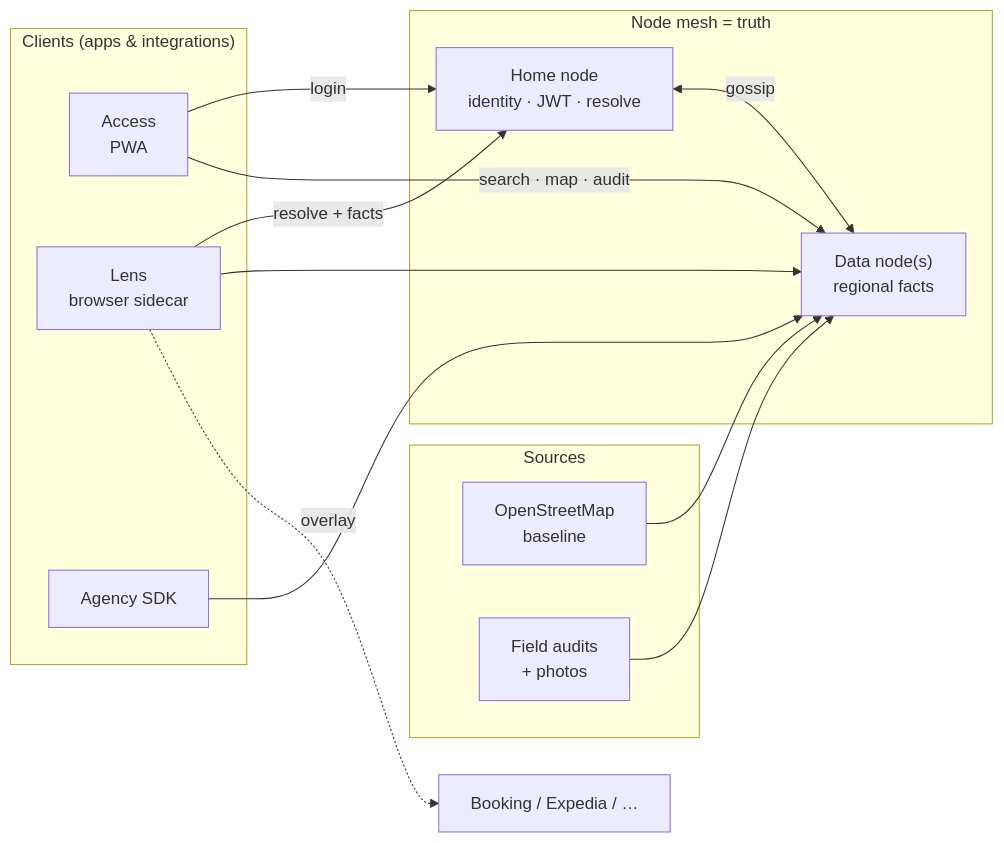
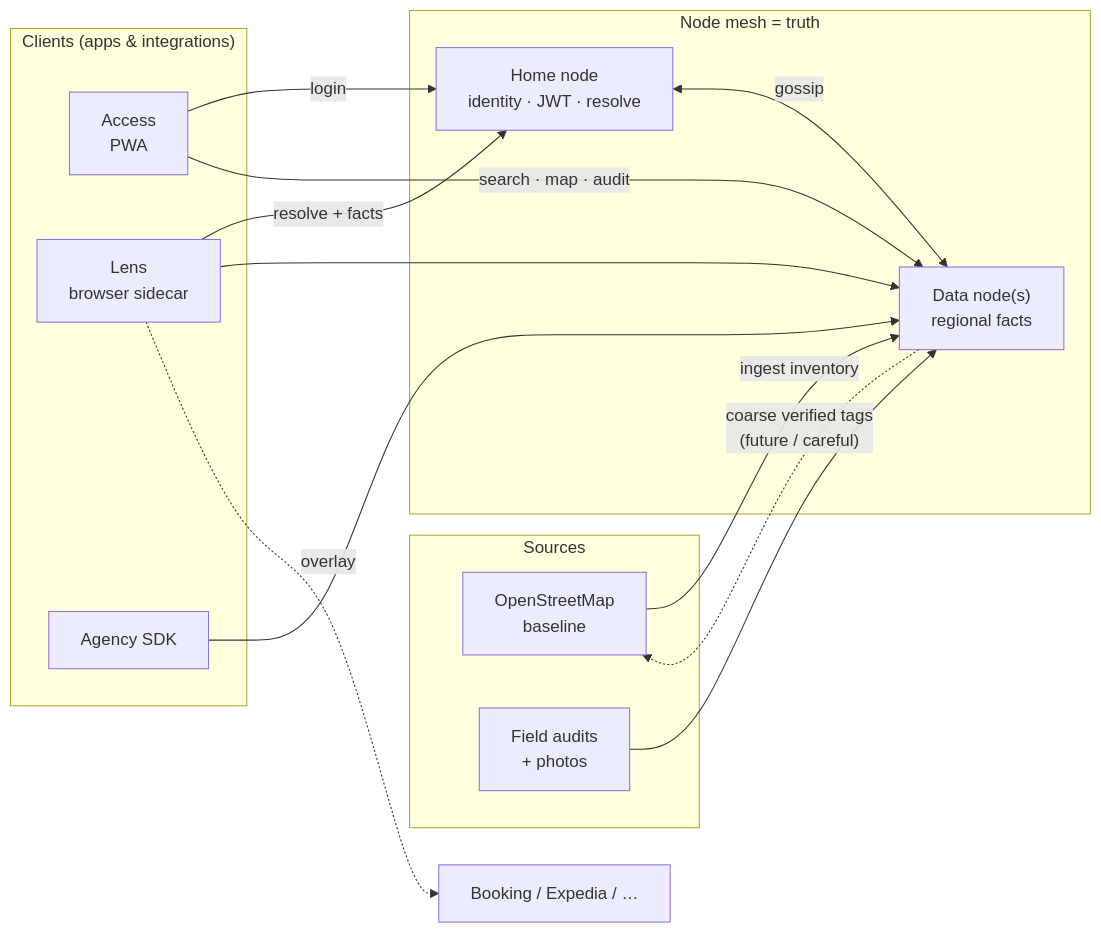
The diagram in docs/story/the-hotel-said-accessible-that-wasnt-enough.md (ingmarstruijs/WikiTraveler), drawn with Mermaid before and after one commit. The commit also changed other lines of this file and 6 other files, not shown here.

````diff
--- a/docs/story/the-hotel-said-accessible-that-wasnt-enough.md
+++ b/docs/story/the-hotel-said-accessible-that-wasnt-enough.md
@@ -249,28 +194,29 @@
 ```mermaid
 flowchart LR
   subgraph sources["Sources"]
     OSM["OpenStreetMap<br/>baseline"]
     Audit["Field audits<br/>+ photos"]
   end
 
   subgraph mesh["Node mesh = truth"]
     Home["Home node<br/>identity · JWT · resolve"]
     Data["Data node(s)<br/>regional facts"]
   end
 
   subgraph clients["Clients (apps & integrations)"]
     Access["Access<br/>PWA"]
     Lens["Lens<br/>browser sidecar"]
     SDK["Agency SDK"]
   end
 
-  OSM --> Data
+  OSM -->|"ingest inventory"| Data
+  Data -.->|"coarse verified tags<br/>(future / careful)"| OSM
   Audit --> Data
   Home <-->|"gossip"| Data
   Access -->|"login"| Home
   Access -->|"search · map · audit"| Data
   Lens -->|"resolve + facts"| Home
   Lens --> Data
   SDK --> Data
   Lens -.->|"overlay"| OTA["Booking / Expedia / …"]
 ```
````
